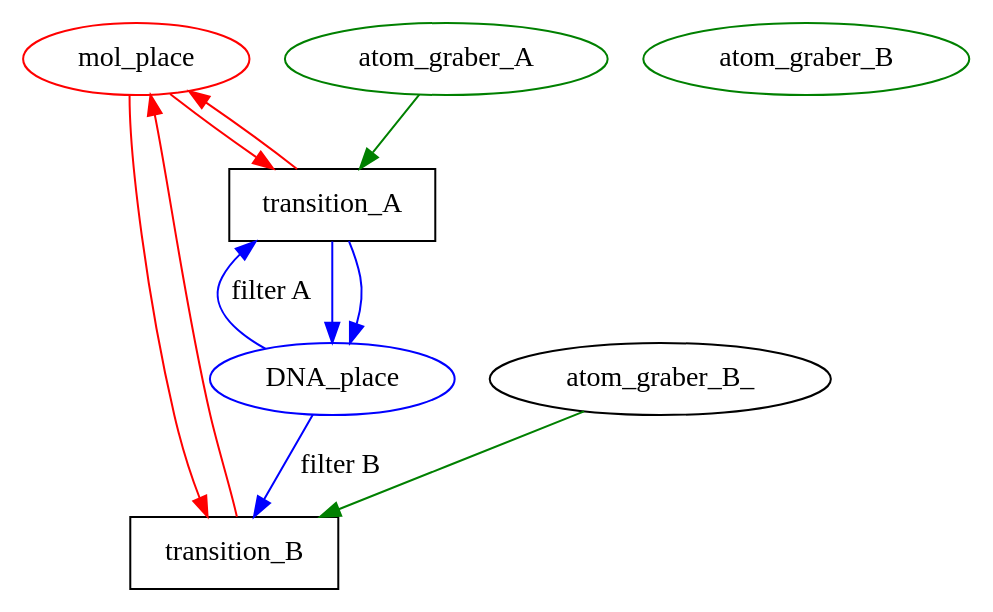
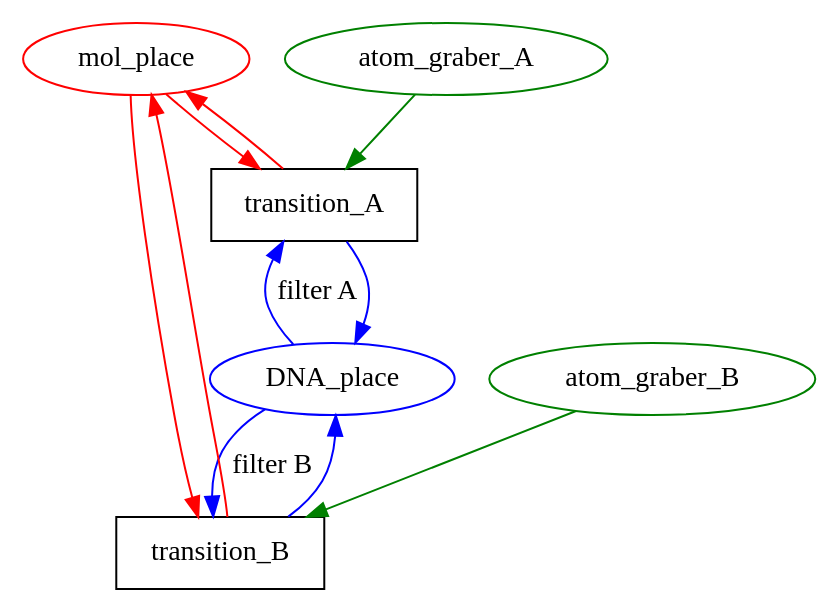
The diagram in achem/ouvertures.org (sapristi/sapristi.github.io), drawn with Graphviz before and after one commit.

```diff
--- a/achem/ouvertures.org
+++ b/achem/ouvertures.org
@@ -147,35 +147,35 @@
 #+BEGIN_SRC dot :file images/ribosome.png :cmdline -Kdot -Tpng
   digraph G {
           mol_place[color = "red"]
           DNA_place[color = "blue"]
           
           transition_A[shape = "rectangle"]
           transition_B[shape = "rectangle"]
           
           atom_graber_A[color = "green"]
           atom_graber_B[color = "green"]
                     
           mol_place -> transition_A ->
           mol_place  [color =red];
 
           mol_place -> transition_B ->
           mol_place [color = "red"];
 
           DNA_place -> transition_A
           [label = "filter A", color = blue];
 
           DNA_place -> transition_B
           [label = "filter B", color = blue];
           
           transition_A -> DNA_place
           [color = blue];
 
           
-          transition_A -> DNA_place
+          transition_B -> DNA_place
           [color = blue];
 
           atom_graber_A -> transition_A [color = "green"];
-          atom_graber_B_ -> transition_B [color = "green"];
+          atom_graber_B -> transition_B [color = "green"];
           
   }
 #+END_SRC
```
